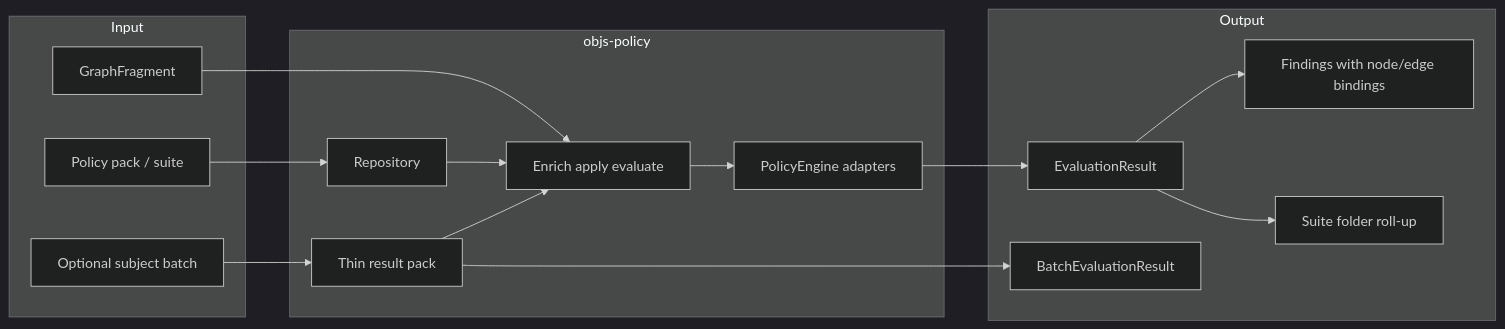
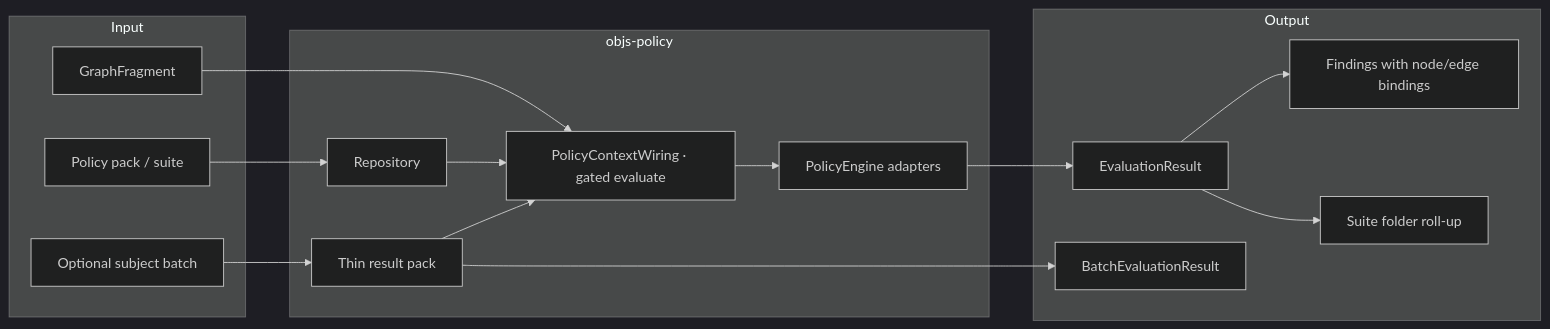
The first of 20 diagrams in docs/design/policy/overview.md (qpointz/objs), drawn with Mermaid (dark theme) before and after one commit. The commit also changed other lines of this file and 20 other files, not shown here.

````diff
--- a/docs/design/policy/overview.md
+++ b/docs/design/policy/overview.md
@@ -26,30 +62,30 @@
 ```mermaid
 flowchart LR
   subgraph input [Input]
     Frag[GraphFragment]
     Pack[Policy pack / suite]
     BatchIn[Optional subject batch]
   end
   subgraph foundation [objs-policy]
     Repo[Repository]
-    Pipe[Enrich apply evaluate]
+    Pipe[PolicyContextWiring · gated evaluate]
     Engines[PolicyEngine adapters]
     Batch[Thin result pack]
   end
   subgraph output [Output]
     Res[EvaluationResult]
     Find[Findings with node/edge bindings]
     Roll[Suite folder roll-up]
     PackOut[BatchEvaluationResult]
   end
   Frag --> Pipe
   Pack --> Repo
   Repo --> Pipe
   Pipe --> Engines
   Engines --> Res
   Res --> Find
   Res --> Roll
   BatchIn --> Batch
   Batch --> Pipe
   Batch --> PackOut
 ```
````
